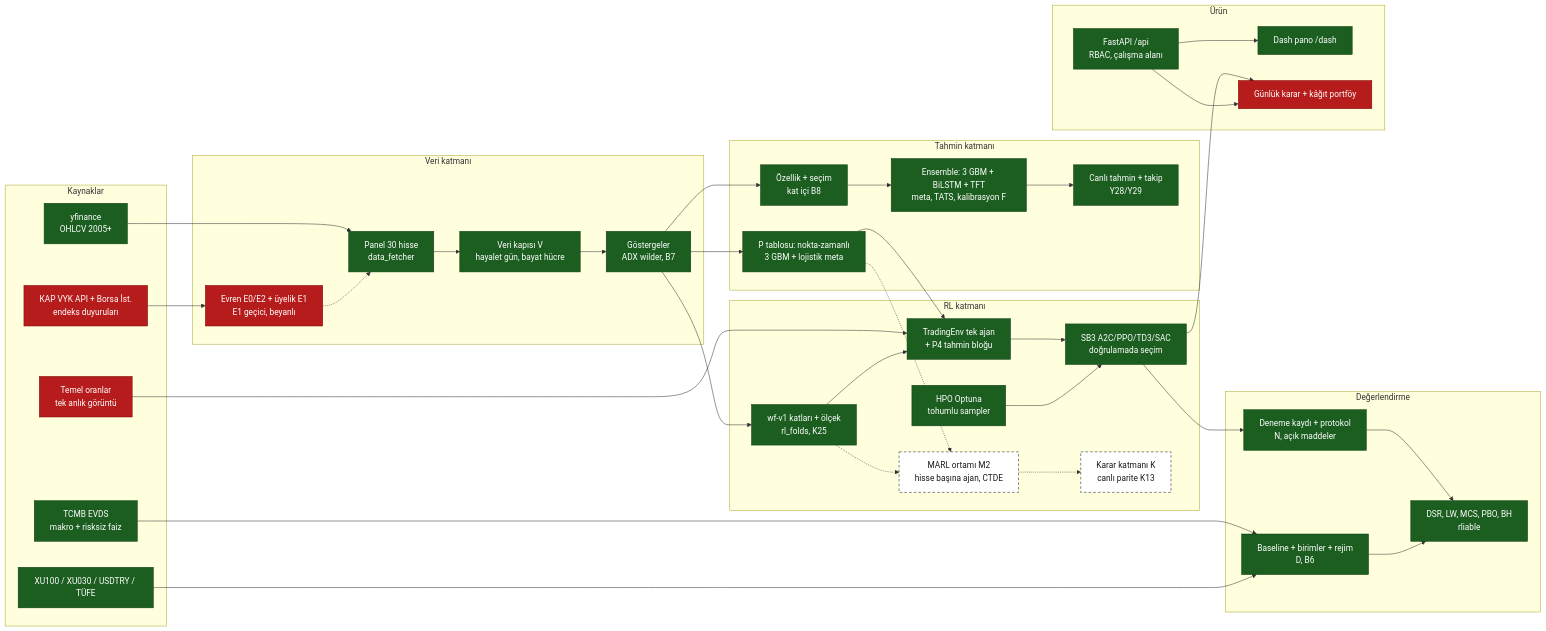
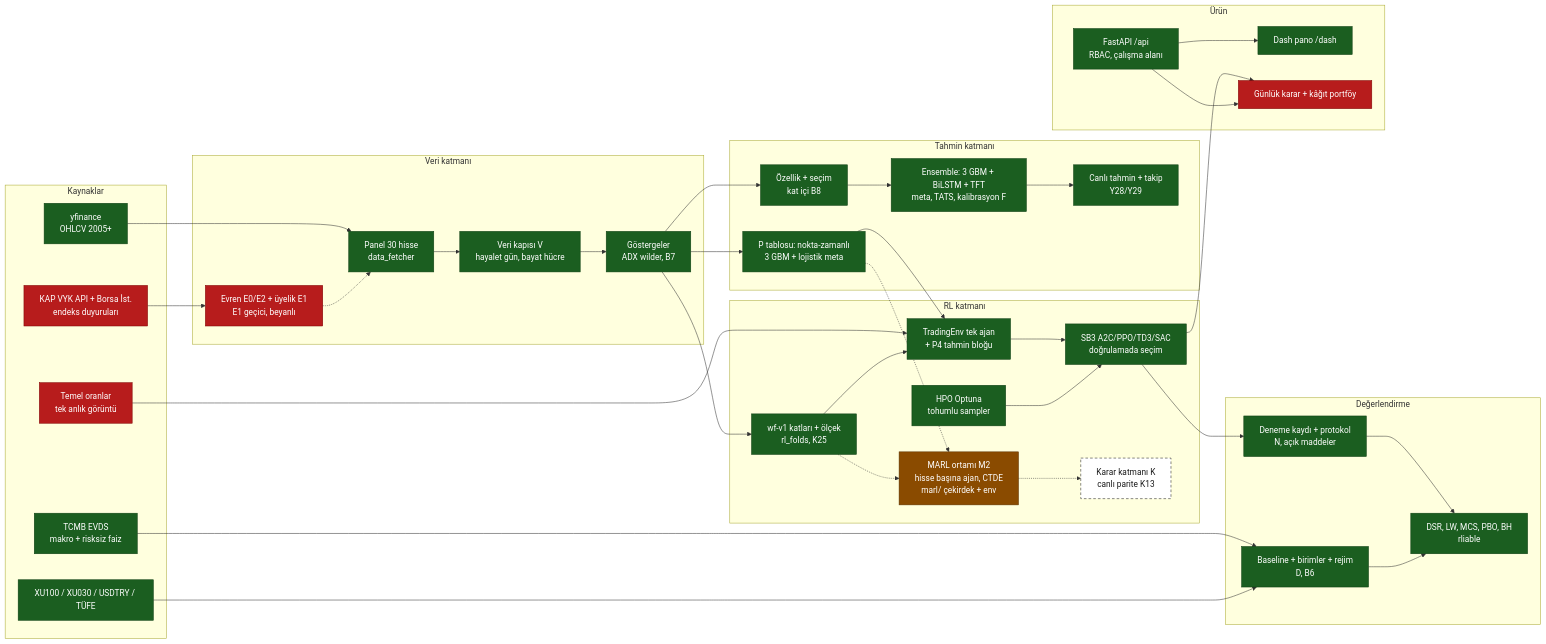
Before and after one commit to softdevcan/RL-Trading-Project: the first of 2 diagrams in docs/development/system-map.md, drawn with Mermaid. The commit also changed other lines of this file and 18 other files, not shown here.

````diff
--- a/docs/development/system-map.md
+++ b/docs/development/system-map.md
@@ -30,71 +30,71 @@
 ```mermaid
 flowchart LR
   classDef done fill:#1b5e20,stroke:#0b3d10,color:#ffffff
   classDef partial fill:#b71c1c,stroke:#7f0000,color:#ffffff
   classDef active fill:#8a4b00,stroke:#5a3000,color:#ffffff
   classDef decision fill:#4a148c,stroke:#2a0060,color:#ffffff
   classDef planned fill:#ffffff,stroke:#1a1a1a,stroke-dasharray:5 4,color:#1a1a1a
 
   subgraph SRC["Kaynaklar"]
     YF["yfinance<br/>OHLCV 2005+"]:::done
     EVDS["TCMB EVDS<br/>makro + risksiz faiz"]:::done
     IDX["XU100 / XU030 / USDTRY / TÜFE"]:::done
     FUND["Temel oranlar<br/>tek anlık görüntü"]:::partial
     KAP["KAP VYK API + Borsa İst.<br/>endeks duyuruları"]:::partial
   end
 
   subgraph DATA["Veri katmanı"]
     PANEL["Panel 30 hisse<br/>data_fetcher"]:::done
     GATE["Veri kapısı V<br/>hayalet gün, bayat hücre"]:::done
     IND["Göstergeler<br/>ADX wilder, B7"]:::done
     UNI["Evren E0/E2 + üyelik E1<br/>E1 geçici, beyanlı"]:::partial
   end
 
   subgraph PRED["Tahmin katmanı"]
     FE["Özellik + seçim<br/>kat içi B8"]:::done
     ENS["Ensemble: 3 GBM + BiLSTM + TFT<br/>meta, TATS, kalibrasyon F"]:::done
     PIT["P tablosu: nokta-zamanlı<br/>3 GBM + lojistik meta"]:::done
     TRK["Canlı tahmin + takip<br/>Y28/Y29"]:::done
   end
 
   subgraph RL["RL katmanı"]
     SPLIT["wf-v1 katları + ölçek<br/>rl_folds, K25"]:::done
     ENV["TradingEnv tek ajan<br/>+ P4 tahmin bloğu"]:::done
     SB3["SB3 A2C/PPO/TD3/SAC<br/>doğrulamada seçim"]:::done
     HPO["HPO Optuna<br/>tohumlu sampler"]:::done
-    MENV["MARL ortamı M2<br/>hisse başına ajan, CTDE"]:::planned
+    MENV["MARL ortamı M2<br/>hisse başına ajan, CTDE<br/>marl/ çekirdek + env"]:::active
     DEC["Karar katmanı K<br/>canlı parite K13"]:::planned
   end
 
   subgraph EVAL["Değerlendirme"]
     REG["Deneme kaydı + protokol<br/>N, açık maddeler"]:::done
     STAT["DSR, LW, MCS, PBO, BH<br/>rliable"]:::done
     BASE["Baseline + birimler + rejim<br/>D, B6"]:::done
   end
 
   subgraph PROD["Ürün"]
     API["FastAPI /api<br/>RBAC, çalışma alanı"]:::done
     DASH["Dash pano /dash"]:::done
     LIVE["Günlük karar + kâğıt portföy"]:::partial
   end
 
   YF --> PANEL --> GATE --> IND
   EVDS --> BASE
   IDX --> BASE
   FUND --> ENV
   KAP --> UNI
   UNI -.-> PANEL
   IND --> FE --> ENS --> TRK
   IND --> PIT
   PIT --> ENV
   IND --> SPLIT --> ENV --> SB3 --> REG
   HPO --> SB3
   REG --> STAT
   BASE --> STAT
   PIT -.-> MENV
   SPLIT -.-> MENV
   MENV -.-> DEC
   SB3 --> LIVE
   API --> DASH
   API --> LIVE
 ```
````
